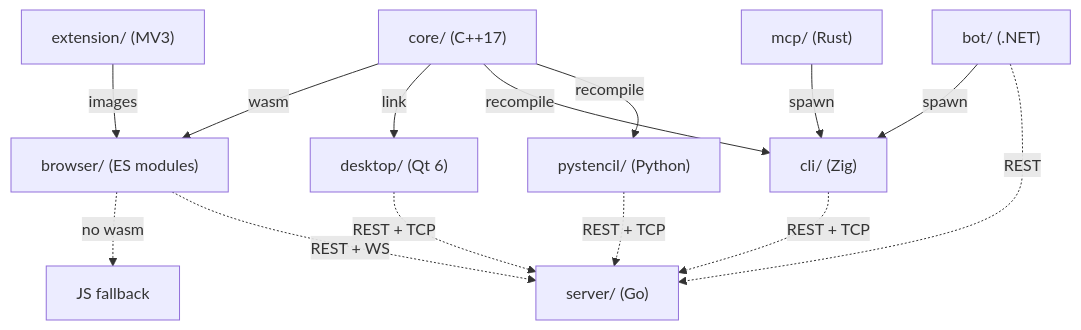
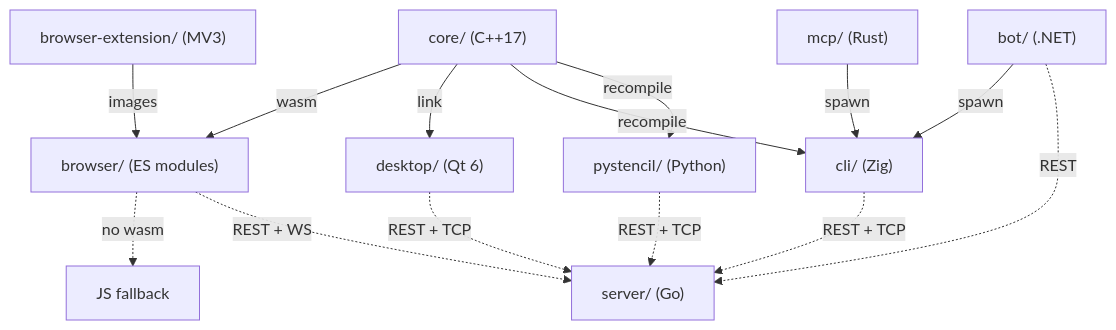
The diagram in ARCHITECTURE.md (andrew1407/stencil), drawn with Mermaid before and after one commit. The commit also changed other lines of this file and 505 other files, not shown here.

Commit message:
Rename extension/ to browser-extension/

````diff
--- a/ARCHITECTURE.md
+++ b/ARCHITECTURE.md
@@ -13,27 +13,27 @@
 ```mermaid
 graph TD
     CORE["core/ (C++17)"]
     WEB["browser/ (ES modules)"]
     DESK["desktop/ (Qt 6)"]
     CLI["cli/ (Zig)"]
     PY["pystencil/ (Python)"]
     FB["JS fallback"]
-    EXT["extension/ (MV3)"]
+    EXT["browser-extension/ (MV3)"]
     MCP["mcp/ (Rust)"]
     BOT["bot/ (.NET)"]
     SRV["server/ (Go)"]
 
     CORE -->|"wasm"| WEB
     CORE -->|"link"| DESK
     CORE -->|"recompile"| CLI
     CORE -->|"recompile"| PY
     WEB -.->|"no wasm"| FB
     EXT -->|"images"| WEB
     MCP -->|"spawn"| CLI
     BOT -->|"spawn"| CLI
     WEB -.->|"REST + WS"| SRV
     DESK -.->|"REST + TCP"| SRV
     CLI -.->|"REST + TCP"| SRV
     PY -.->|"REST + TCP"| SRV
     BOT -.->|"REST"| SRV
 ```
````
